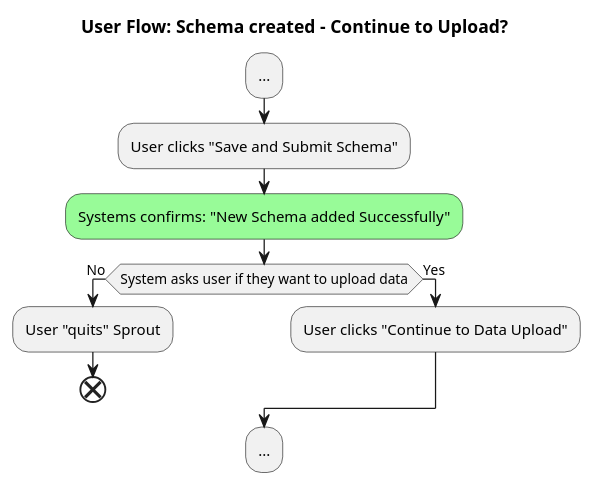
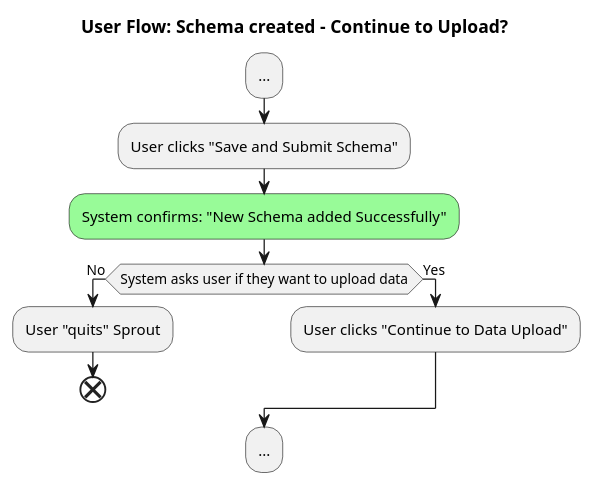
Before and after one commit to signekb/seedcase-sprout: the diagram in docs/design/images/user-flow-schema-created-continue-to-upload.puml, drawn with PlantUML. The commit also changed 2 other files, not shown here.

Commit message:
fix: Minor fixes to user flow diagrams based on review from @lwjohnst86

```diff
--- a/docs/design/images/user-flow-schema-created-continue-to-upload.puml
+++ b/docs/design/images/user-flow-schema-created-continue-to-upload.puml
@@ -1,16 +1,16 @@
 @startuml user-flow-schema-created-continue-to-upload
 
 title User Flow: Schema created - Continue to Upload?
 
 :...;
 :User clicks "Save and Submit Schema";
-#palegreen:Systems confirms: "New Schema added Successfully";
+#palegreen:System confirms: "New Schema added Successfully";
 if (System asks user if they want to upload data) then (No)
   :User "quits" Sprout; 
   end
 else (Yes)
   :User clicks "Continue to Data Upload";
 endif
 :...;
 
 @enduml
```
